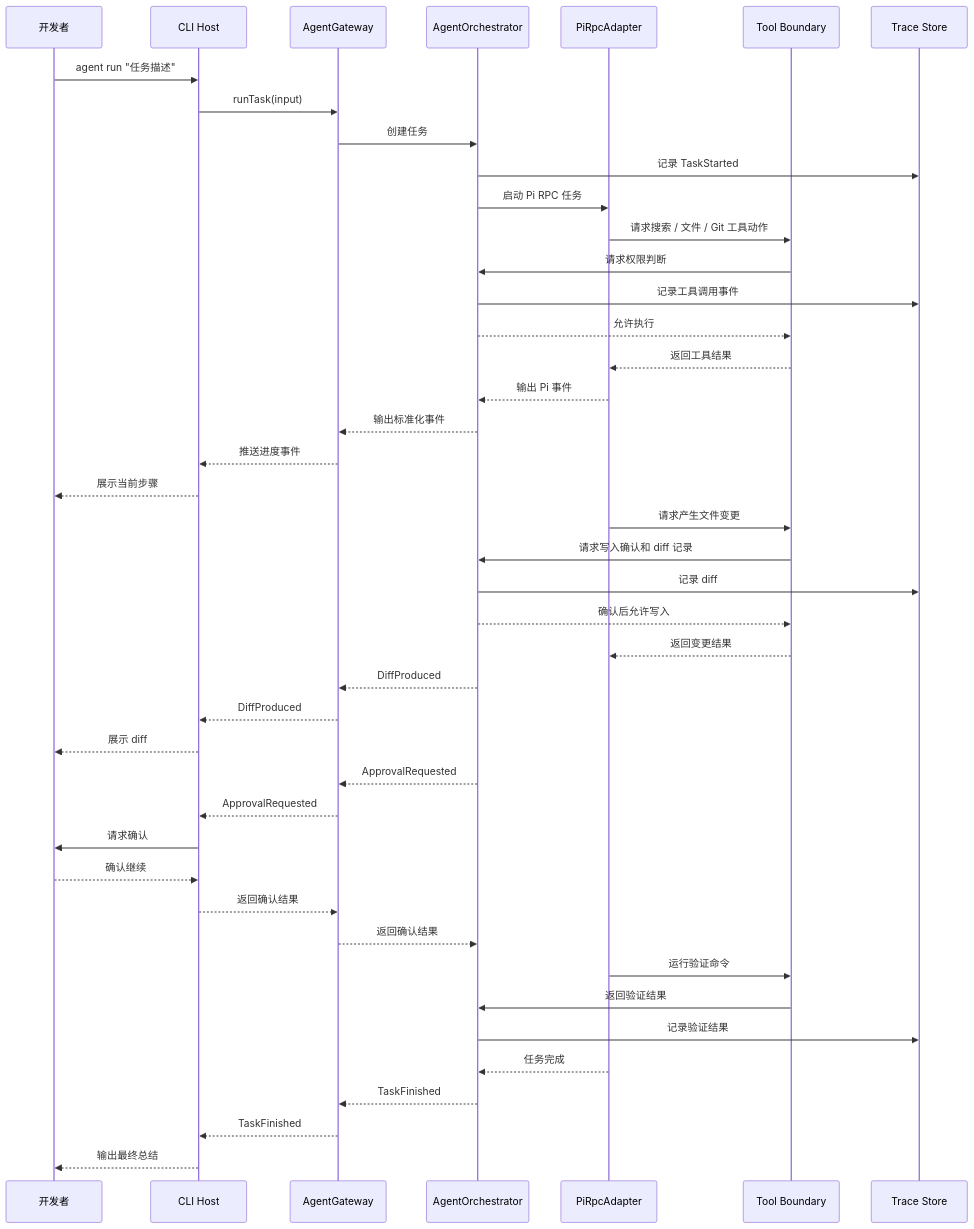
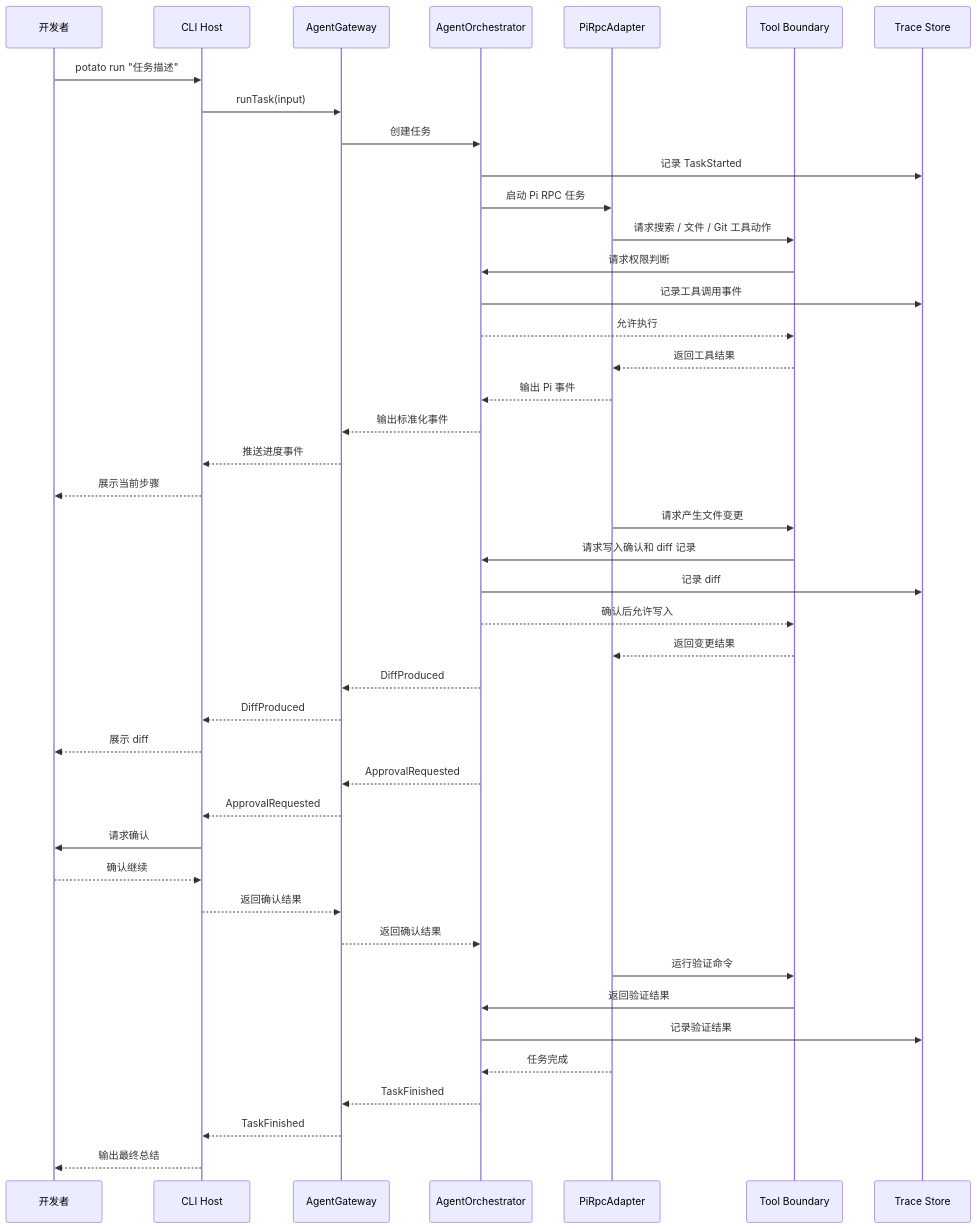
One commit to CrazyMrYan/potato-agent changed the second of 2 diagrams in wiki/technical-design.md. Above: the diagram before and after it, drawn with Mermaid. The commit also changed other lines of this file and 55 other files, not shown here.

````diff
--- a/wiki/technical-design.md
+++ b/wiki/technical-design.md
@@ -356,46 +356,46 @@
 ```mermaid
 sequenceDiagram
     participant U as 开发者
     participant C as CLI Host
     participant G as AgentGateway
     participant O as AgentOrchestrator
     participant P as PiRpcAdapter
     participant T as Tool Boundary
     participant S as Trace Store
 
-    U->>C: agent run "任务描述"
+    U->>C: potato run "任务描述"
     C->>G: runTask(input)
     G->>O: 创建任务
     O->>S: 记录 TaskStarted
     O->>P: 启动 Pi RPC 任务
     P->>T: 请求搜索 / 文件 / Git 工具动作
     T->>O: 请求权限判断
     O->>S: 记录工具调用事件
     O-->>T: 允许执行
     T-->>P: 返回工具结果
     P-->>O: 输出 Pi 事件
     O-->>G: 输出标准化事件
     G-->>C: 推送进度事件
     C-->>U: 展示当前步骤
     P->>T: 请求产生文件变更
     T->>O: 请求写入确认和 diff 记录
     O->>S: 记录 diff
     O-->>T: 确认后允许写入
     T-->>P: 返回变更结果
     O-->>G: DiffProduced
     G-->>C: DiffProduced
     C-->>U: 展示 diff
     O-->>G: ApprovalRequested
     G-->>C: ApprovalRequested
     C->>U: 请求确认
     U-->>C: 确认继续
     C-->>G: 返回确认结果
     G-->>O: 返回确认结果
     P->>T: 运行验证命令
     T->>O: 返回验证结果
     O->>S: 记录验证结果
     P-->>O: 任务完成
     O-->>G: TaskFinished
     G-->>C: TaskFinished
     C-->>U: 输出最终总结
 ```
````
